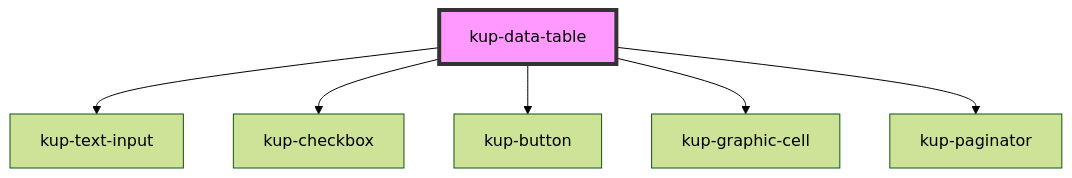
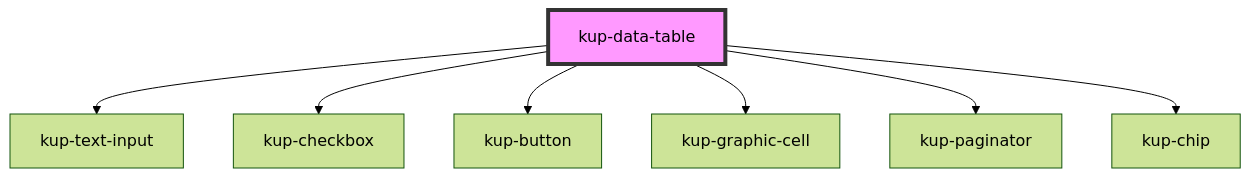
One commit to smeup/ketchup changed the diagram in packages/ketchup/src/components/kup-data-table/readme.md. Above: the diagram before and after it, drawn with Mermaid (forest theme). The commit also changed other lines of this file and 11 other files, not shown here.

Commit message:
Data table: new graphic

````diff
--- a/packages/ketchup/src/components/kup-data-table/readme.md
+++ b/packages/ketchup/src/components/kup-data-table/readme.md
@@ -141,9 +140,10 @@
 ```mermaid
 graph TD;
   kup-data-table --> kup-text-input
   kup-data-table --> kup-checkbox
   kup-data-table --> kup-button
   kup-data-table --> kup-graphic-cell
   kup-data-table --> kup-paginator
+  kup-data-table --> kup-chip
   style kup-data-table fill:#f9f,stroke:#333,stroke-width:4px
 ```
````
